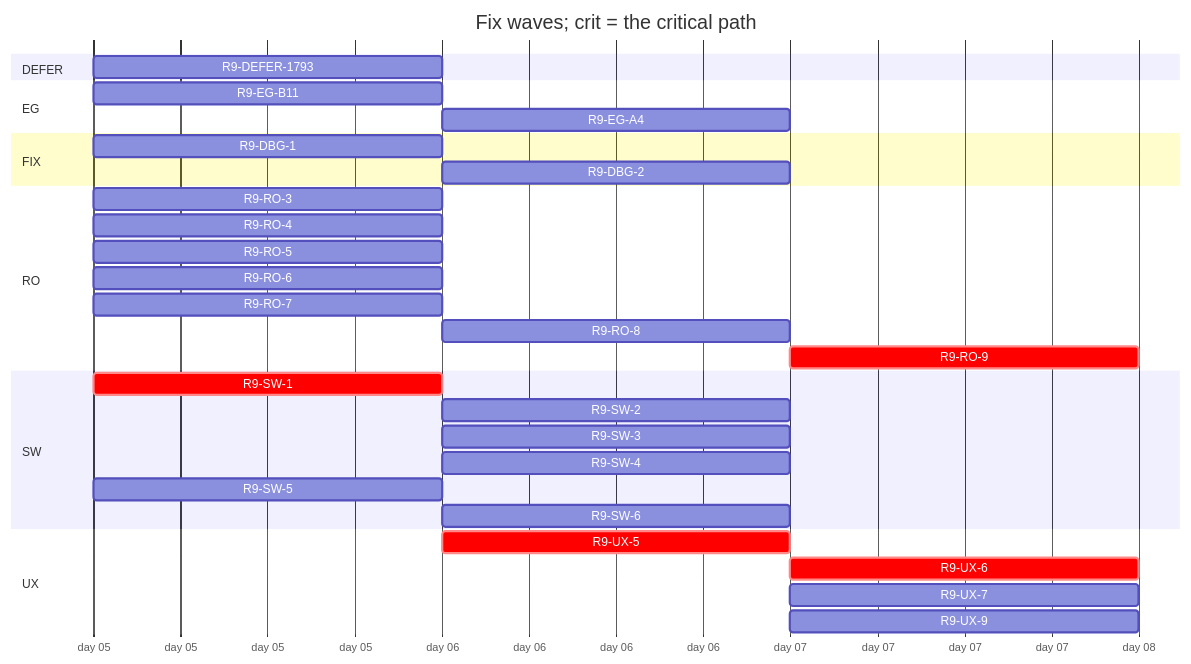
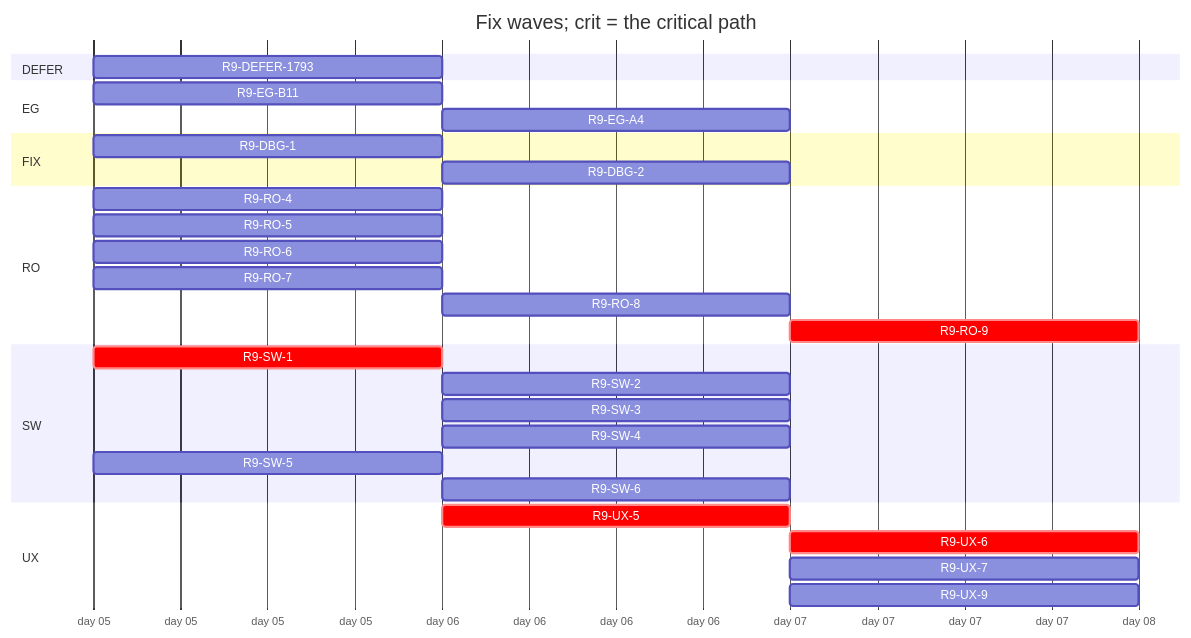
One commit to tvofi/heatpump_optimizer changed the diagram in handoff/round9/state/PLAN-TABLE.md. Above: the diagram before and after it, drawn with Mermaid. The commit also changed other lines of this file and 2 other files, not shown here.

````diff
--- a/handoff/round9/state/PLAN-TABLE.md
+++ b/handoff/round9/state/PLAN-TABLE.md
@@ -19,34 +19,33 @@
 ```mermaid
 gantt
   title Fix waves; crit = the critical path
   dateFormat YYYY-MM-DD
   axisFormat day %d
   section DEFER
     R9-DEFER-1793 :r9DEFER1793, 2026-01-05, 1d
   section EG
     R9-EG-B11 :r9EGB11, 2026-01-05, 1d
     R9-EG-A4 :r9EGA4, after r9EGB11, 1d
   section FIX
     R9-DBG-1 :r9DBG1, 2026-01-05, 1d
     R9-DBG-2 :r9DBG2, after r9DBG1, 1d
   section RO
-    R9-RO-3 :r9RO3, 2026-01-05, 1d
     R9-RO-4 :r9RO4, 2026-01-05, 1d
     R9-RO-5 :r9RO5, 2026-01-05, 1d
     R9-RO-6 :r9RO6, 2026-01-05, 1d
     R9-RO-7 :r9RO7, 2026-01-05, 1d
     R9-RO-8 :r9RO8, after r9RO7, 1d
-    R9-RO-9 :crit, r9RO9, after r9RO3 r9RO4 r9RO5 r9RO6 r9RO8 r9EGA4 r9SW4 r9UX5 r9UX6 r9UX7, 1d
+    R9-RO-9 :crit, r9RO9, after r9RO4 r9RO5 r9RO6 r9RO8 r9EGA4 r9SW4 r9UX5 r9UX6 r9UX7, 1d
   section SW
     R9-SW-1 :crit, r9SW1, 2026-01-05, 1d
     R9-SW-2 :r9SW2, after r9SW1, 1d
     R9-SW-3 :r9SW3, after r9SW1, 1d
     R9-SW-4 :r9SW4, after r9SW1, 1d
     R9-SW-5 :r9SW5, 2026-01-05, 1d
     R9-SW-6 :r9SW6, after r9SW1, 1d
   section UX
     R9-UX-5 :crit, r9UX5, after r9SW1, 1d
     R9-UX-6 :crit, r9UX6, after r9EGB11 r9UX5, 1d
     R9-UX-7 :r9UX7, after r9EGB11 r9UX5, 1d
     R9-UX-9 :r9UX9, after r9SW6, 1d
 ```
````
